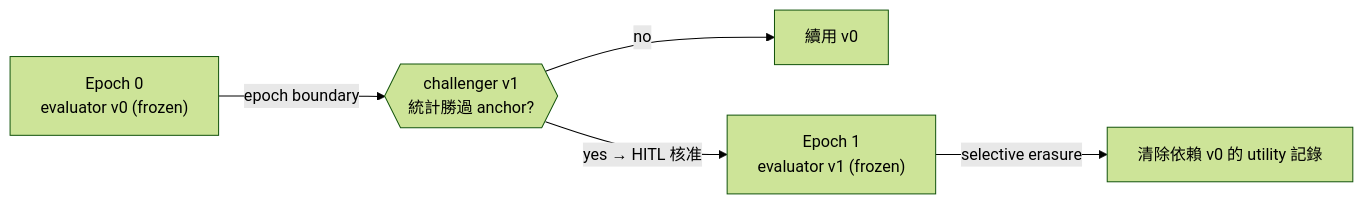
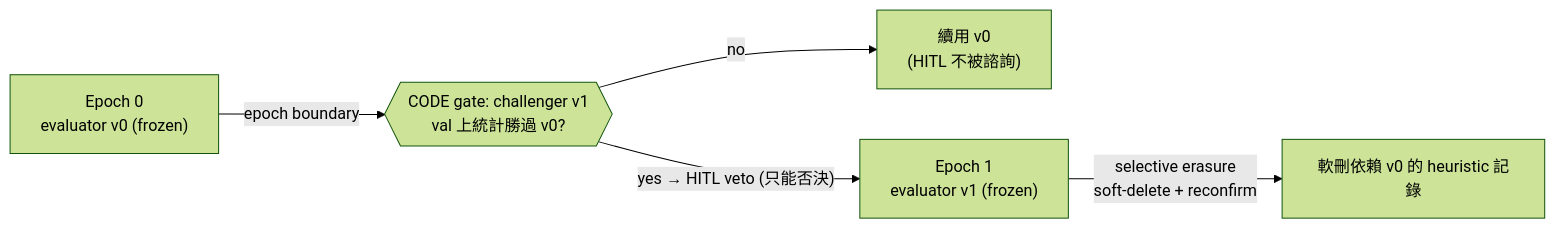
The third of 5 diagrams in docs/01-orchestration.md (iiyyll01lin/yy-rqgm), drawn with Mermaid (forest theme) before and after one commit. The commit also changed other lines of this file and 11 other files, not shown here.

````diff
--- a/docs/01-orchestration.md
+++ b/docs/01-orchestration.md
@@ -224,7 +224,7 @@
 ```mermaid
 flowchart LR
-    E0["Epoch 0<br/>evaluator v0 (frozen)"] -->|"epoch boundary"| G0{{"challenger v1<br/>統計勝過 anchor?"}}
-    G0 -->|"no"| E0b["續用 v0"]
-    G0 -->|"yes → HITL 核准"| E1["Epoch 1<br/>evaluator v1 (frozen)"]
-    E1 -->|"selective erasure"| PURGE["清除依賴 v0 的 utility 記錄"]
+    E0["Epoch 0<br/>evaluator v0 (frozen)"] -->|"epoch boundary"| G0{{"CODE gate: challenger v1<br/>val 上統計勝過 v0?"}}
+    G0 -->|"no"| E0b["續用 v0<br/>(HITL 不被諮詢)"]
+    G0 -->|"yes → HITL veto (只能否決)"| E1["Epoch 1<br/>evaluator v1 (frozen)"]
+    E1 -->|"selective erasure<br/>soft-delete + reconfirm"| PURGE["軟刪依賴 v0 的 heuristic 記錄"]
 ```
````
